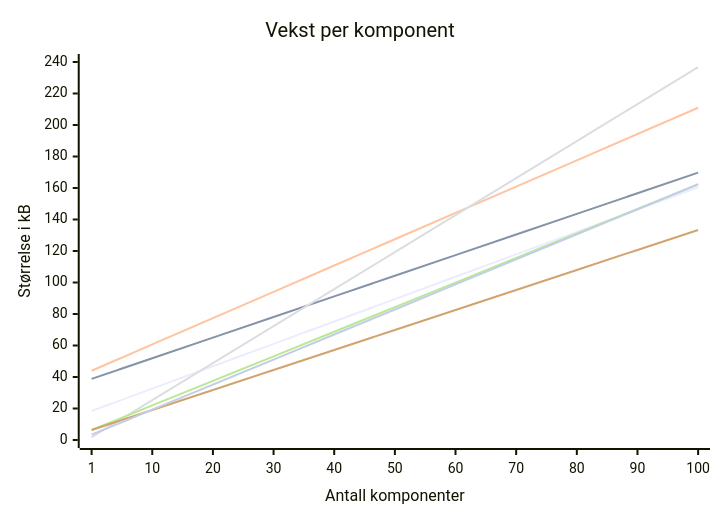
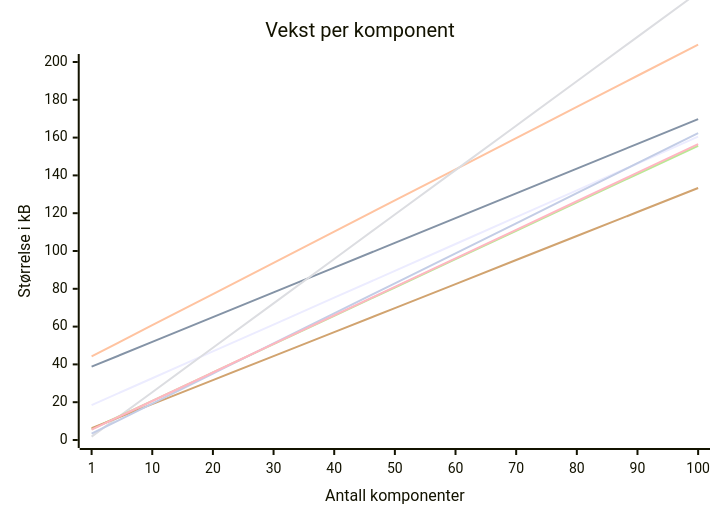
The second of 2 diagrams in slides/Choosing the correct frontendframework in 2024/slides.md (gautemo/talks), drawn with Mermaid before and after one commit. The commit also changed other lines of this file and 4 other files, not shown here.

````diff
--- a/slides/Choosing the correct frontendframework in 2024/slides.md
+++ b/slides/Choosing the correct frontendframework in 2024/slides.md
@@ -606,14 +618,15 @@
 ```mermaid
 xychart-beta
     title "Vekst per komponent"
     x-axis "Antall komponenter" [1, 10, 20, 30, 40, 50, 60, 70, 80, 90, 100]
-    y-axis "Størrelse i kB" 0 --> 240
-    line "Vue" [18.45,32.65,46.85,61.05,75.25,89.45,103.65,117.85,132.05,146.25,160.45]
+    y-axis "Størrelse i kB" 0 --> 200
+    line "Vue" [18.49,32.69,46.89,61.09,75.29,89.49,103.69,117.89,132.09,146.29,160.49]
     line "React" [38.79,51.89,64.99,78.09,91.19,104.29,117.39,130.49,143.59,156.69,169.79]
-    line "Angular" [43.97,60.67,77.37,94.07,110.77,127.47,144.17,160.87,177.57,194.27,210.97]
+    line "Angular" [44.23,60.73,77.23,93.73,110.23,126.73,143.23,159.73,176.23,192.73,209.23]
     line "Svelte 4" [1.8,25.3,48.8,72.3,95.8,119.3,142.8,166.3,189.8,213.3,236.8]
-    line "Svelte 5" [6.34,21.94,37.54,53.14,68.74,84.34,99.94,115.54,131.14,146.74,162.34]
-    line "Preact" [6.37,19.07,31.77,44.47,57.17,69.87,82.57,95.27,107.97,120.67,133.37]
+    line "Svelte 5" [5.7,20.7,35.7,50.7,65.7,80.7,95.7,110.7,125.7,140.7,155.7]
+    line "Preact" [6.31,19.01,31.71,44.41,57.11,69.81,82.51,95.21,107.91,120.61,133.31]
     line "Solid" [3.37,19.27,35.17,51.07,66.97,82.87,98.77,114.67,130.57,146.47,162.37]
+    line "Lit" [5.52,20.62,35.72,50.82,65.92,81.02,96.12,111.22,126.32,141.42,156.52]
     
 ```
````
